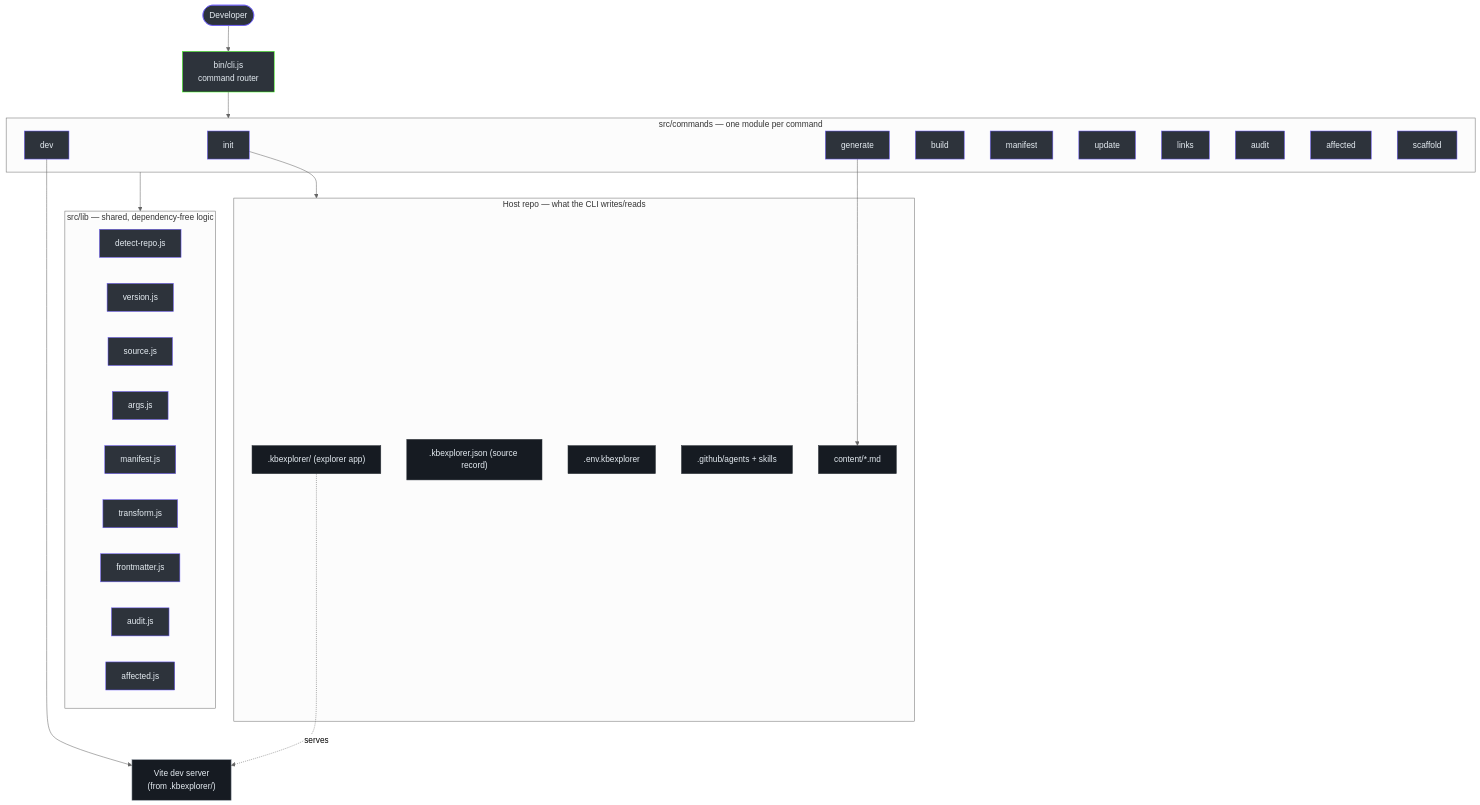
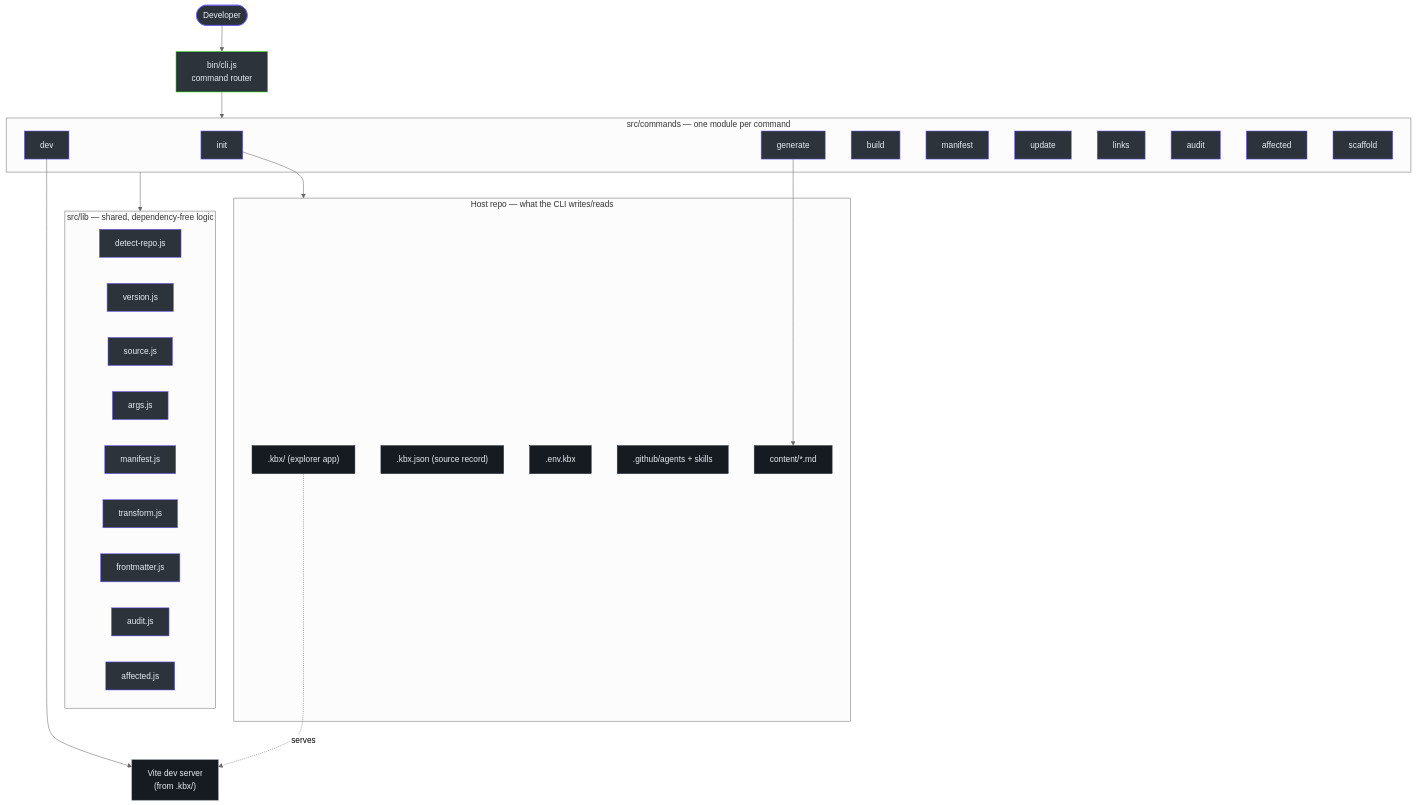
One commit to anokye-labs/kbexplorer-cli changed the diagram in docs/onboarding/index.md. Above: the diagram before and after it, drawn with Mermaid (neutral theme). The commit also changed other lines of this file and 150 other files, not shown here.

First line of the commit message:
rename: kbexplorer CLI → kbx (#128)

````diff
--- a/docs/onboarding/index.md
+++ b/docs/onboarding/index.md
@@ -33,52 +33,52 @@
 ```mermaid
 graph TB
     user([Developer]):::actor --> cli["bin/cli.js<br>command router"]:::core
 
     subgraph cmds["src/commands — one module per command"]
         init["init"]:::node
         gen["generate"]:::node
         dev["dev"]:::node
         build["build"]:::node
         manifest["manifest"]:::node
         update["update"]:::node
         links["links"]:::node
         audit["audit"]:::node
         affected["affected"]:::node
         scaffold["scaffold"]:::node
     end
 
     cli --> cmds
 
     subgraph lib["src/lib — shared, dependency-free logic"]
         detect["detect-repo.js"]:::node
         version["version.js"]:::node
         source["source.js"]:::node
         args["args.js"]:::node
         mlib["manifest.js"]:::node
         transform["transform.js"]:::node
         frontmatter["frontmatter.js"]:::node
         auditlib["audit.js"]:::node
         affectedlib["affected.js"]:::node
     end
 
     cmds --> lib
 
     subgraph host["Host repo — what the CLI writes/reads"]
-        kbdir[".kbexplorer/ (explorer app)"]:::store
-        rec[".kbexplorer.json (source record)"]:::store
-        env[".env.kbexplorer"]:::store
+        kbdir[".kbx/ (explorer app)"]:::store
+        rec[".kbx.json (source record)"]:::store
+        env[".env.kbx"]:::store
         gh[".github/agents + skills"]:::store
         content["content/*.md"]:::store
     end
 
     init --> host
     gen --> content
-    dev --> viteapp["Vite dev server<br>(from .kbexplorer/)"]:::ext
+    dev --> viteapp["Vite dev server<br>(from .kbx/)"]:::ext
     kbdir -. serves .-> viteapp
 
     classDef actor fill:#2d333b,stroke:#6d5dfc,color:#e6edf3
     classDef core fill:#2d333b,stroke:#39FF14,color:#e6edf3
     classDef node fill:#2d333b,stroke:#6d5dfc,color:#e6edf3
     classDef store fill:#161b22,stroke:#30363d,color:#e6edf3
     classDef ext fill:#161b22,stroke:#8b949e,color:#e6edf3
 ```
````
